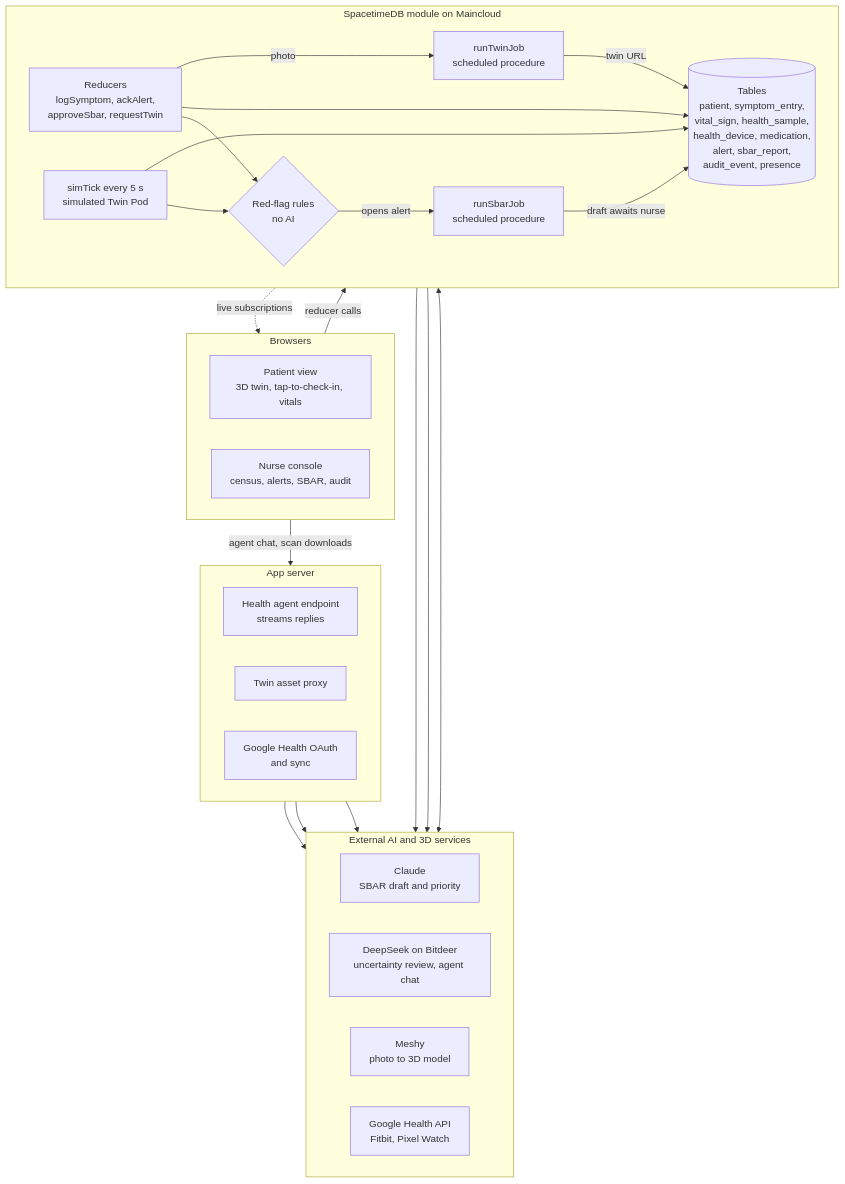
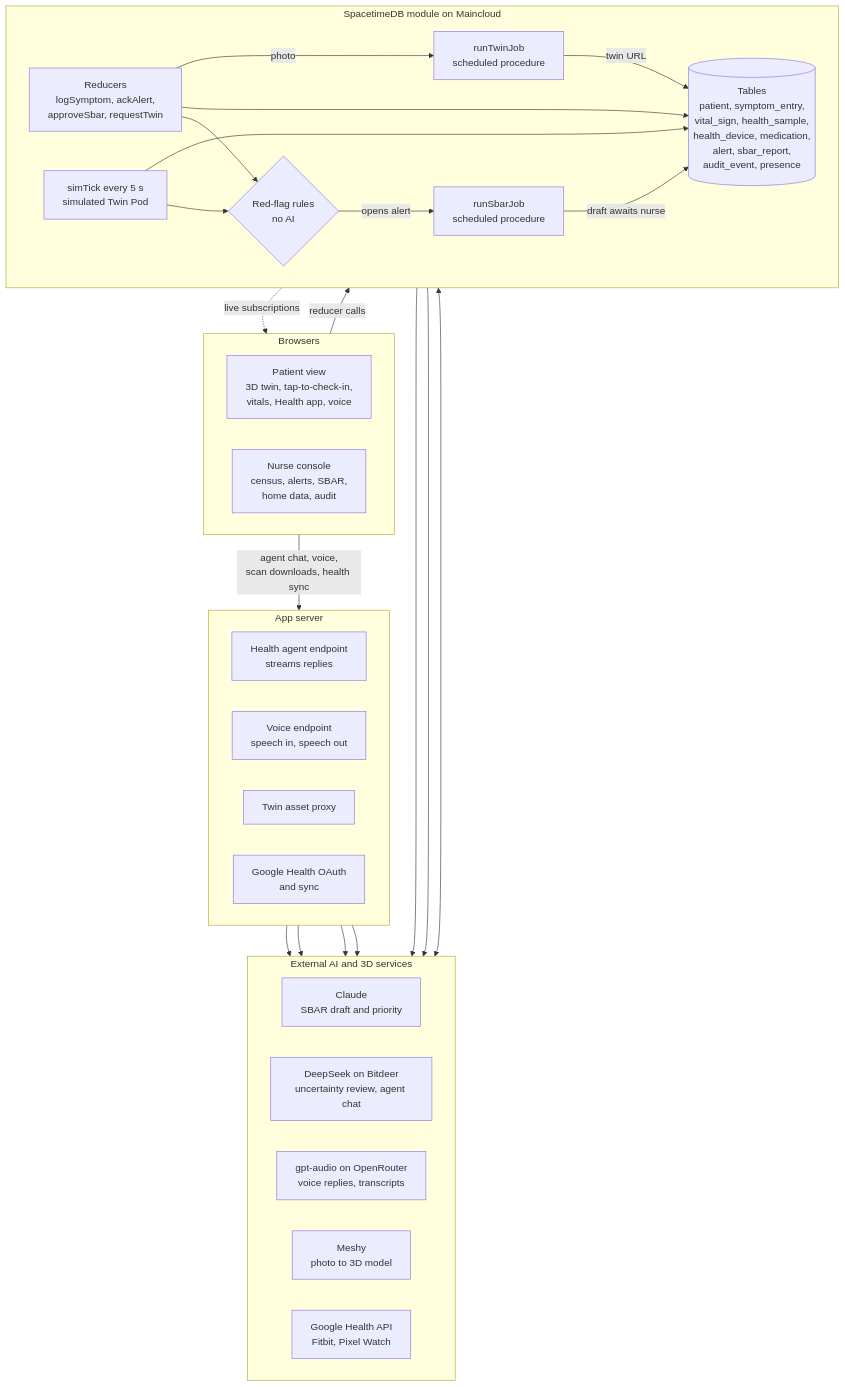
One commit to kadrianayarza/DigitalTwinBiomedical changed the diagram in README.md. Above: the diagram before and after it, drawn with Mermaid. The commit also changed other lines of this file and 1 other file, not shown here.

Commit message:
Update README for voice chat, wearables and setup keys

````diff
--- a/README.md
+++ b/README.md
@@ -50,51 +53,54 @@
 ```mermaid
 flowchart TB
   subgraph Browsers["Browsers"]
     direction LR
-    P["Patient view<br/>3D twin, tap-to-check-in, vitals"]
-    N["Nurse console<br/>census, alerts, SBAR, audit"]
+    P["Patient view<br/>3D twin, tap-to-check-in,<br/>vitals, Health app, voice"]
+    N["Nurse console<br/>census, alerts, SBAR,<br/>home data, audit"]
   end
 
   subgraph STDB["SpacetimeDB module on Maincloud"]
     direction LR
     R["Reducers<br/>logSymptom, ackAlert,<br/>approveSbar, requestTwin"]
     SIM["simTick every 5 s<br/>simulated Twin Pod"]
     RULES{"Red-flag rules<br/>no AI"}
     T[("Tables<br/>patient, symptom_entry,<br/>vital_sign, health_sample,<br/>health_device, medication,<br/>alert, sbar_report,<br/>audit_event, presence")]
     SB["runSbarJob<br/>scheduled procedure"]
     TW["runTwinJob<br/>scheduled procedure"]
     R --> RULES
     SIM --> RULES
     R --> T
     SIM --> T
     RULES -- "opens alert" --> SB
     SB -- "draft awaits nurse" --> T
     R -- "photo" --> TW
     TW -- "twin URL" --> T
   end
 
   subgraph Server["App server"]
     direction LR
     AG["Health agent endpoint<br/>streams replies"]
+    VA["Voice endpoint<br/>speech in, speech out"]
     TP["Twin asset proxy"]
     GH["Google Health OAuth<br/>and sync"]
   end
 
   subgraph Ext["External AI and 3D services"]
     direction LR
     CL["Claude<br/>SBAR draft and priority"]
     DS["DeepSeek on Bitdeer<br/>uncertainty review, agent chat"]
+    OR["gpt-audio on OpenRouter<br/>voice replies, transcripts"]
     MY["Meshy<br/>photo to 3D model"]
     GA["Google Health API<br/>Fitbit, Pixel Watch"]
   end
 
   Browsers -- "reducer calls" --> R
   T -. "live subscriptions" .-> Browsers
-  Browsers -- "agent chat, scan downloads" --> Server
+  Browsers -- "agent chat, voice,<br/>scan downloads, health sync" --> Server
   SB --> CL
   SB --> DS
   TW <--> MY
   AG --> DS
+  VA --> OR
   TP --> MY
   GH --> GA
 ```
````
